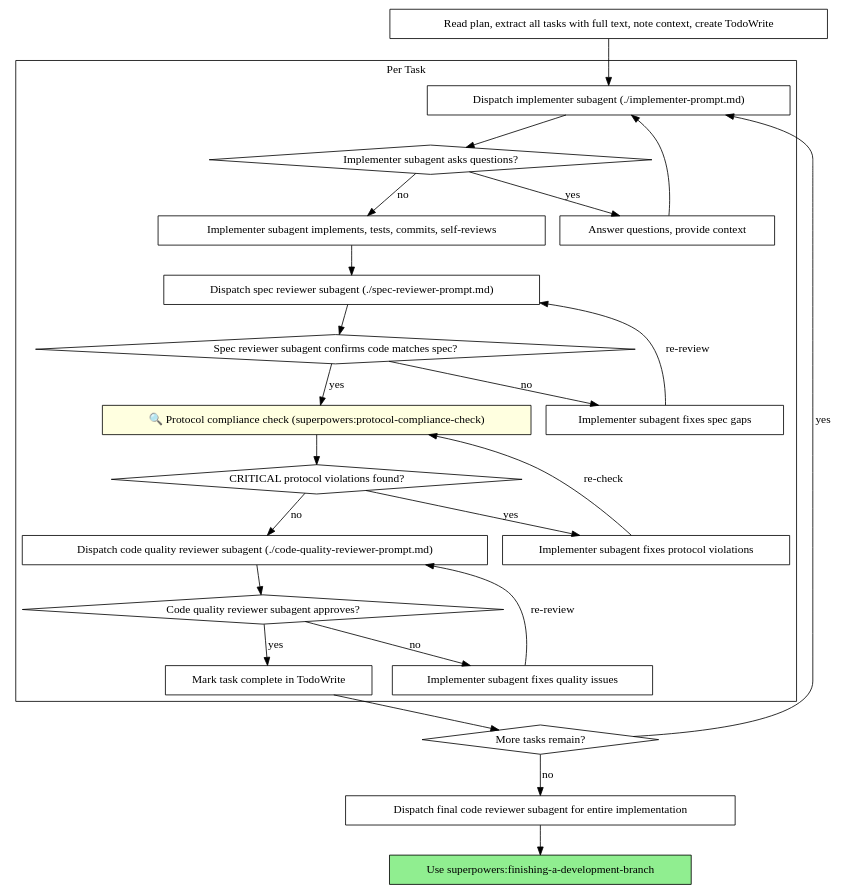
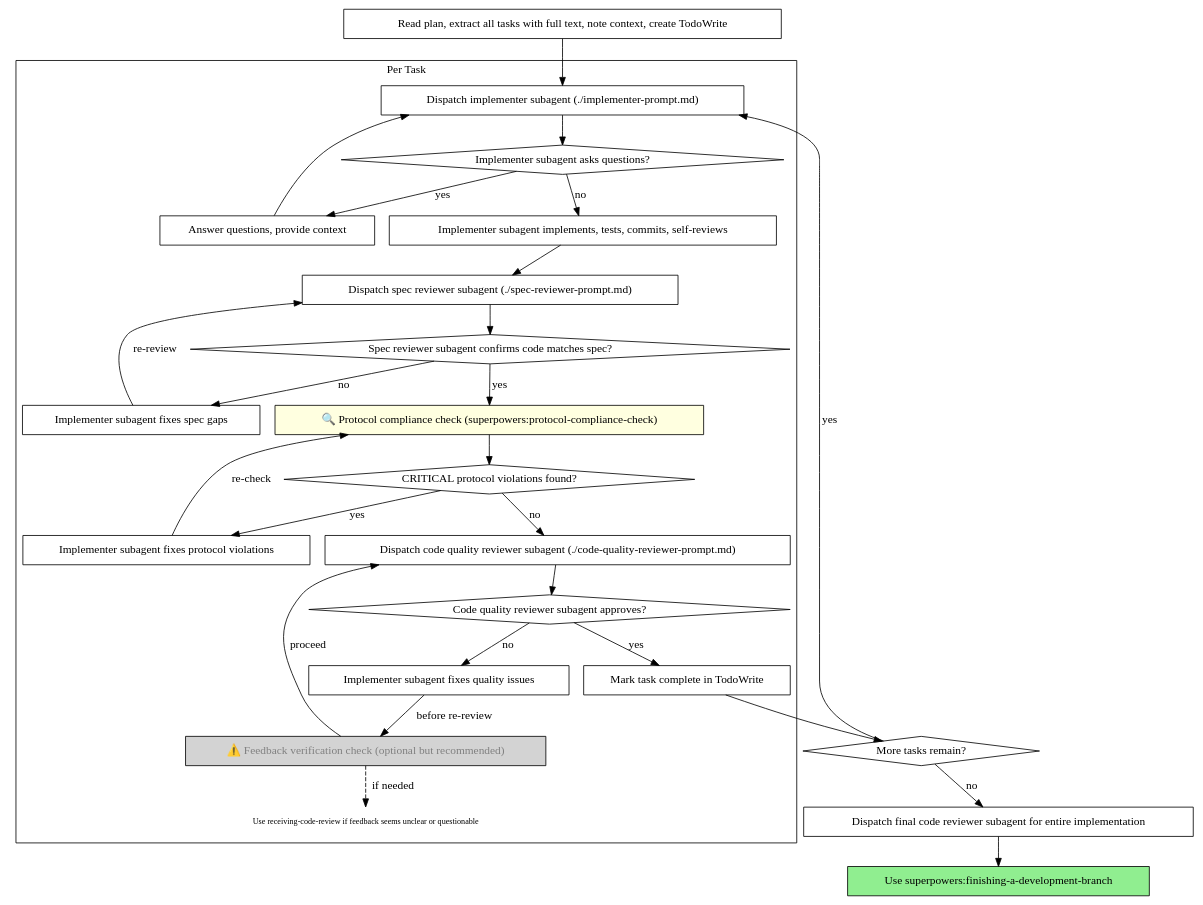
One commit to qiran87/superpowers changed the second of 2 diagrams in skills/subagent-driven-development/SKILL.md. Above: the diagram before and after it, drawn with Graphviz. The commit also changed other lines of this file and 4 other files, not shown here.

````diff
--- a/skills/subagent-driven-development/SKILL.md
+++ b/skills/subagent-driven-development/SKILL.md
@@ -49,51 +49,56 @@
 ```dot
 digraph process {
     rankdir=TB;
 
     subgraph cluster_per_task {
         label="Per Task";
         "Dispatch implementer subagent (./implementer-prompt.md)" [shape=box];
         "Implementer subagent asks questions?" [shape=diamond];
         "Answer questions, provide context" [shape=box];
         "Implementer subagent implements, tests, commits, self-reviews" [shape=box];
         "Dispatch spec reviewer subagent (./spec-reviewer-prompt.md)" [shape=box];
         "Spec reviewer subagent confirms code matches spec?" [shape=diamond];
         "Implementer subagent fixes spec gaps" [shape=box];
         "🔍 Protocol compliance check (superpowers:protocol-compliance-check)" [shape=box, style=filled, fillcolor=lightyellow];
         "CRITICAL protocol violations found?" [shape=diamond];
         "Implementer subagent fixes protocol violations" [shape=box];
         "Dispatch code quality reviewer subagent (./code-quality-reviewer-prompt.md)" [shape=box];
         "Code quality reviewer subagent approves?" [shape=diamond];
         "Implementer subagent fixes quality issues" [shape=box];
+        "⚠️ Feedback verification check (optional but recommended)" [shape=box, style=filled, fillcolor=lightgray, fontcolor=gray];
+        "Use receiving-code-review if feedback seems unclear or questionable" [shape=plaintext, fontsize=10];
         "Mark task complete in TodoWrite" [shape=box];
     }
 
     "Read plan, extract all tasks with full text, note context, create TodoWrite" [shape=box];
     "More tasks remain?" [shape=diamond];
     "Dispatch final code reviewer subagent for entire implementation" [shape=box];
     "Use superpowers:finishing-a-development-branch" [shape=box style=filled fillcolor=lightgreen];
 
     "Read plan, extract all tasks with full text, note context, create TodoWrite" -> "Dispatch implementer subagent (./implementer-prompt.md)";
     "Dispatch implementer subagent (./implementer-prompt.md)" -> "Implementer subagent asks questions?";
     "Implementer subagent asks questions?" -> "Answer questions, provide context" [label="yes"];
     "Answer questions, provide context" -> "Dispatch implementer subagent (./implementer-prompt.md)";
     "Implementer subagent asks questions?" -> "Implementer subagent implements, tests, commits, self-reviews" [label="no"];
     "Implementer subagent implements, tests, commits, self-reviews" -> "Dispatch spec reviewer subagent (./spec-reviewer-prompt.md)";
     "Dispatch spec reviewer subagent (./spec-reviewer-prompt.md)" -> "Spec reviewer subagent confirms code matches spec?";
     "Spec reviewer subagent confirms code matches spec?" -> "Implementer subagent fixes spec gaps" [label="no"];
     "Implementer subagent fixes spec gaps" -> "Dispatch spec reviewer subagent (./spec-reviewer-prompt.md)" [label="re-review"];
     "Spec reviewer subagent confirms code matches spec?" -> "🔍 Protocol compliance check (superpowers:protocol-compliance-check)" [label="yes"];
     "🔍 Protocol compliance check (superpowers:protocol-compliance-check)" -> "CRITICAL protocol violations found?";
     "CRITICAL protocol violations found?" -> "Implementer subagent fixes protocol violations" [label="yes"];
     "Implementer subagent fixes protocol violations" -> "🔍 Protocol compliance check (superpowers:protocol-compliance-check)" [label="re-check"];
     "CRITICAL protocol violations found?" -> "Dispatch code quality reviewer subagent (./code-quality-reviewer-prompt.md)" [label="no"];
     "Dispatch code quality reviewer subagent (./code-quality-reviewer-prompt.md)" -> "Code quality reviewer subagent approves?";
     "Code quality reviewer subagent approves?" -> "Implementer subagent fixes quality issues" [label="no"];
-    "Implementer subagent fixes quality issues" -> "Dispatch code quality reviewer subagent (./code-quality-reviewer-prompt.md)" [label="re-review"];
+    "Implementer subagent fixes quality issues" -> "⚠️ Feedback verification check (optional but recommended)" [label="before re-review"];
+    "⚠️ Feedback verification check (optional but recommended)" -> "Use receiving-code-review if feedback seems unclear or questionable" [style=dashed, label="if needed"];
+    "Use receiving-code-review if feedback seems unclear or questionable" [shape=plaintext, fontsize=10];
+    "⚠️ Feedback verification check (optional but recommended)" -> "Dispatch code quality reviewer subagent (./code-quality-reviewer-prompt.md)" [label="proceed"];
     "Code quality reviewer subagent approves?" -> "Mark task complete in TodoWrite" [label="yes"];
     "Mark task complete in TodoWrite" -> "More tasks remain?";
     "More tasks remain?" -> "Dispatch implementer subagent (./implementer-prompt.md)" [label="yes"];
     "More tasks remain?" -> "Dispatch final code reviewer subagent for entire implementation" [label="no"];
     "Dispatch final code reviewer subagent for entire implementation" -> "Use superpowers:finishing-a-development-branch";
 }
 ```
````
